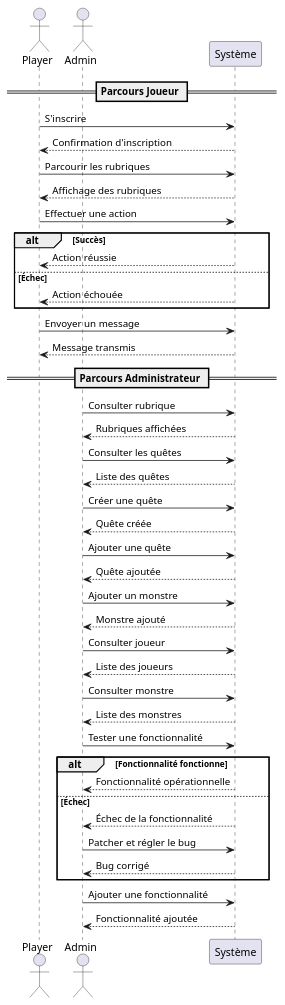
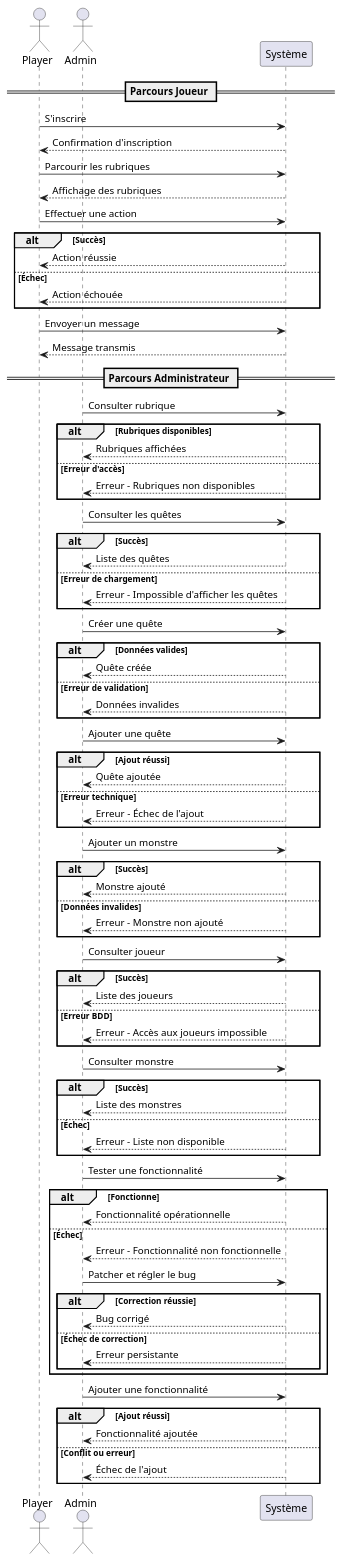
The diagram in Uml/diagramme _activité_gobland.puml (samirb80440/StagecdagoblandV2), drawn with PlantUML before and after one commit. The commit also changed 1 other file, not shown here.

Commit message:
rajoute erreur pour administrateur

```diff
--- a/Uml/diagramme _activité_gobland.puml
+++ b/Uml/diagramme _activité_gobland.puml
@@ -1,58 +1,95 @@
 @startuml activité
+actor Player
 actor Player
 actor Admin
 participant "Système" as System
 
 == Parcours Joueur ==
 
 Player -> System: S'inscrire
 System --> Player: Confirmation d'inscription
 
 Player -> System: Parcourir les rubriques
 System --> Player: Affichage des rubriques
 
 Player -> System: Effectuer une action
 alt Succès
   System --> Player: Action réussie
 else Échec
   System --> Player: Action échouée
 end
 
 Player -> System: Envoyer un message
 System --> Player: Message transmis
 
 == Parcours Administrateur ==
 
 Admin -> System: Consulter rubrique
-System --> Admin: Rubriques affichées
+alt Rubriques disponibles
+  System --> Admin: Rubriques affichées
+else Erreur d'accès
+  System --> Admin: Erreur - Rubriques non disponibles
+end
 
 Admin -> System: Consulter les quêtes
-System --> Admin: Liste des quêtes
+alt Succès
+  System --> Admin: Liste des quêtes
+else Erreur de chargement
+  System --> Admin: Erreur - Impossible d'afficher les quêtes
+end
 
 Admin -> System: Créer une quête
-System --> Admin: Quête créée
+alt Données valides
+  System --> Admin: Quête créée
+else Erreur de validation
+  System --> Admin: Données invalides
+end
 
 Admin -> System: Ajouter une quête
-System --> Admin: Quête ajoutée
+alt Ajout réussi
+  System --> Admin: Quête ajoutée
+else Erreur technique
+  System --> Admin: Erreur - Échec de l'ajout
+end
 
 Admin -> System: Ajouter un monstre
-System --> Admin: Monstre ajouté
+alt Succès
+  System --> Admin: Monstre ajouté
+else Données invalides
+  System --> Admin: Erreur - Monstre non ajouté
+end
 
 Admin -> System: Consulter joueur
-System --> Admin: Liste des joueurs
+alt Succès
+  System --> Admin: Liste des joueurs
+else Erreur BDD
+  System --> Admin: Erreur - Accès aux joueurs impossible
+end
 
 Admin -> System: Consulter monstre
-System --> Admin: Liste des monstres
+alt Succès
+  System --> Admin: Liste des monstres
+else Échec
+  System --> Admin: Erreur - Liste non disponible
+end
 
 Admin -> System: Tester une fonctionnalité
-alt Fonctionnalité fonctionne
+alt Fonctionne
   System --> Admin: Fonctionnalité opérationnelle
 else Échec
-  System --> Admin: Échec de la fonctionnalité
+  System --> Admin: Erreur - Fonctionnalité non fonctionnelle
   Admin -> System: Patcher et régler le bug
-  System --> Admin: Bug corrigé
+  alt Correction réussie
+    System --> Admin: Bug corrigé
+  else Échec de correction
+    System --> Admin: Erreur persistante
+  end
 end
 
 Admin -> System: Ajouter une fonctionnalité
-System --> Admin: Fonctionnalité ajoutée
+alt Ajout réussi
+  System --> Admin: Fonctionnalité ajoutée
+else Conflit ou erreur
+  System --> Admin: Échec de l'ajout
+end
 @enduml
```
